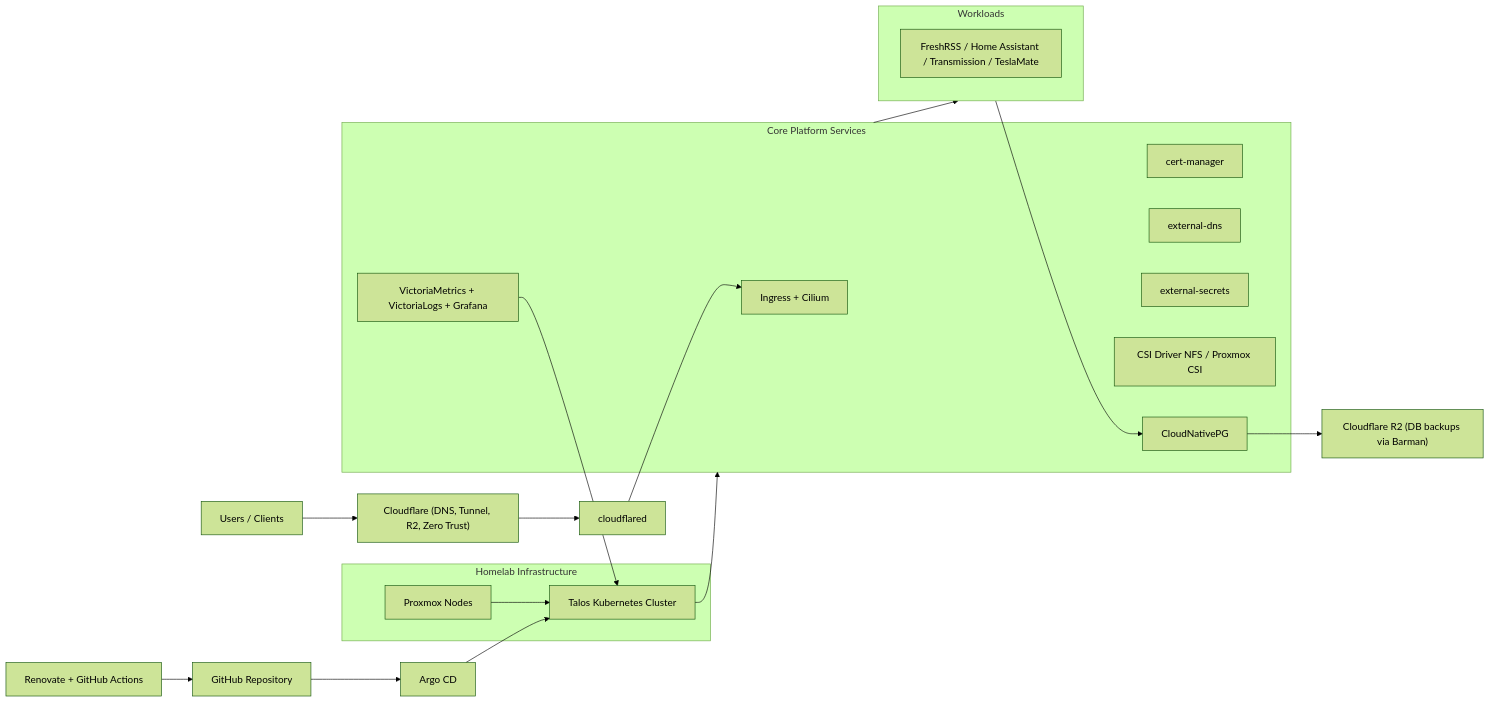
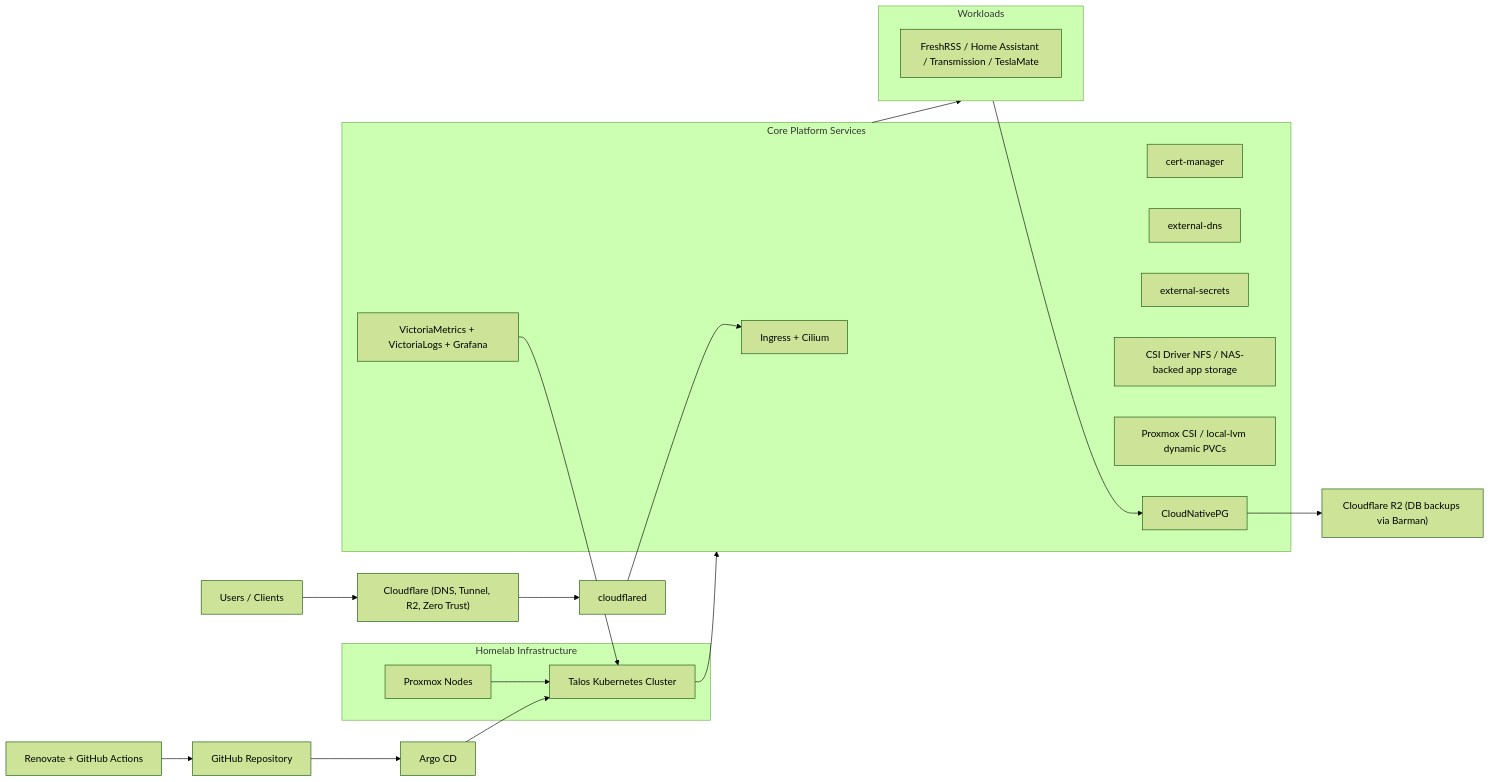
One commit to nidr0x/k8s-gitops changed the diagram in README.md. Above: the diagram before and after it, drawn with Mermaid (forest theme). The commit also changed 16 other files, not shown here.

Commit message:
refactor: harden bootstrap and local lvm storage

````diff
--- a/README.md
+++ b/README.md
@@ -77,35 +77,36 @@
 ```mermaid
 flowchart LR
     U["Users / Clients"] --> CF["Cloudflare (DNS, Tunnel, R2, Zero Trust)"]
     GH["GitHub Repository"] --> ARGO["Argo CD"]
     REN["Renovate + GitHub Actions"] --> GH
     CF --> CFLT["cloudflared"]
 
     subgraph INFRA["Homelab Infrastructure"]
       PVE["Proxmox Nodes"] --> TAL["Talos Kubernetes Cluster"]
     end
 
     ARGO --> TAL
     CFLT --> ING["Ingress + Cilium"]
 
     subgraph PLATFORM["Core Platform Services"]
       ING
       CERT["cert-manager"]
       EXTDNS["external-dns"]
       EXTS["external-secrets"]
-      NFS["CSI Driver NFS / Proxmox CSI"]
+      NFS["CSI Driver NFS / NAS-backed app storage"]
+      PXC["Proxmox CSI / local-lvm dynamic PVCs"]
       PG["CloudNativePG"]
       MON["VictoriaMetrics + VictoriaLogs + Grafana"]
     end
 
     TAL --> PLATFORM
 
     subgraph APPS["Workloads"]
       APP1["FreshRSS / Home Assistant / Transmission / TeslaMate"]
     end
 
     PLATFORM --> APPS
     APPS --> PG
     MON --> TAL
     PG --> R2["Cloudflare R2 (DB backups via Barman)"]
 ```
````
